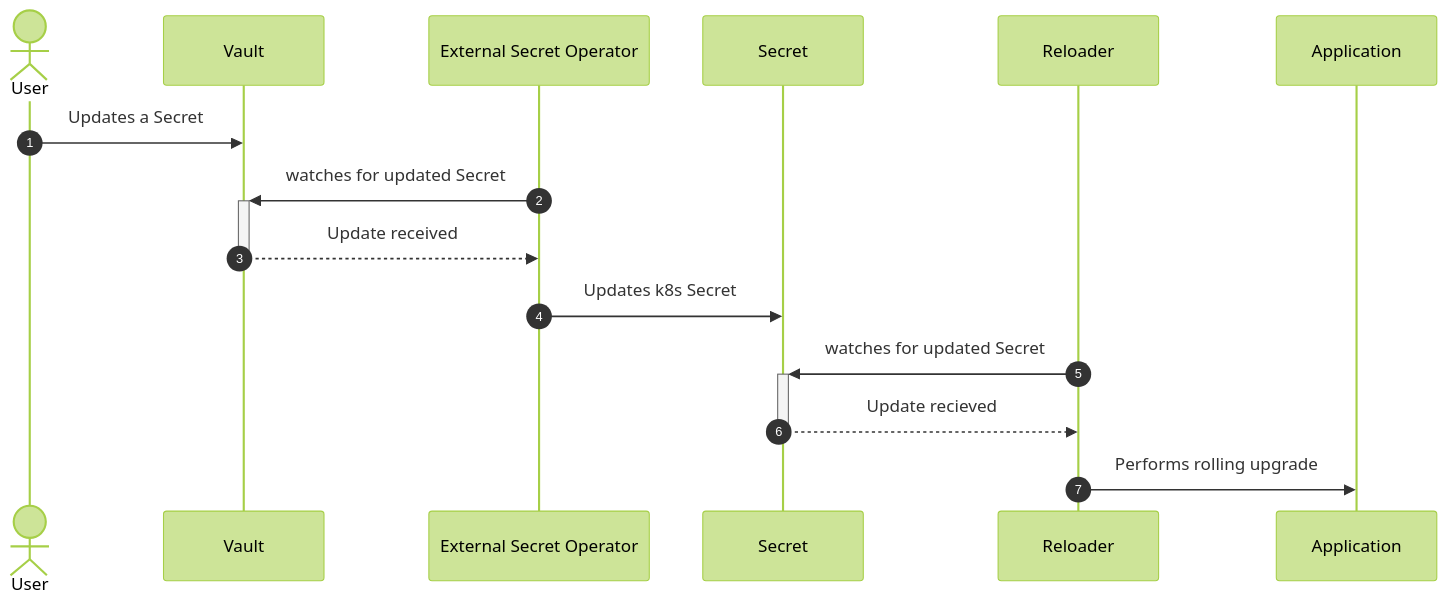
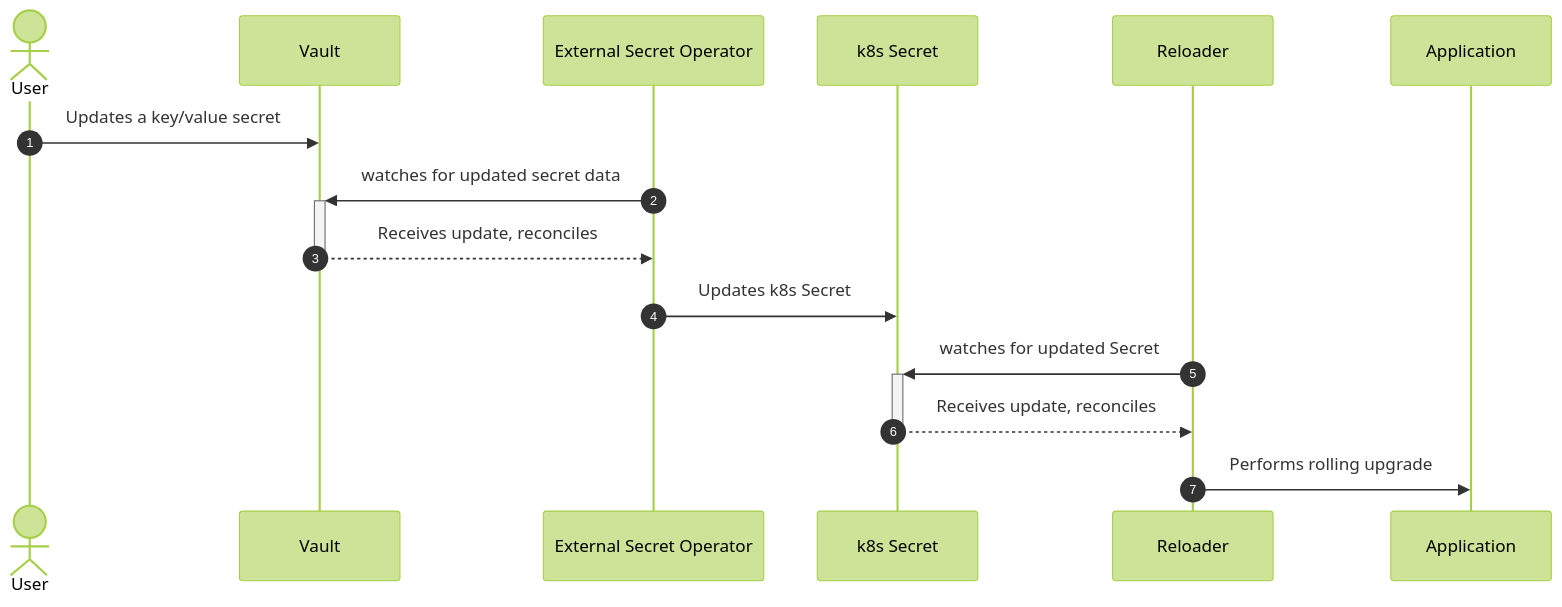
The third of 4 diagrams in docs/6-secret-management-in-saap/6-secret-management.md (rht-labs/tech-exercise), drawn with Mermaid (forest theme) before and after one commit. The commit also changed other lines of this file, not shown here.

````diff
--- a/docs/6-secret-management-in-saap/6-secret-management.md
+++ b/docs/6-secret-management-in-saap/6-secret-management.md
@@ -231,17 +269,17 @@
    ```mermaid
       sequenceDiagram
          autonumber
          actor User
          participant Vault
          participant ESO as External Secret Operator
-         participant Secret
+         participant secret as k8s Secret
          participant Reloader
          participant App as Application 
-         User->>Vault: Updates a Secret
-         ESO->>+Vault: watches for updated Secret
-         Vault-->>-ESO: Update received
-         ESO->>Secret: Updates k8s Secret
-         Reloader->>+Secret: watches for updated Secret
-         Secret-->>-Reloader: Update recieved
+         User->>Vault: Updates a key/value secret
+         ESO->>+Vault: watches for updated secret data
+         Vault-->>-ESO: Receives update, reconciles
+         ESO->>secret: Updates k8s Secret
+         Reloader->>+secret: watches for updated Secret
+         secret-->>-Reloader: Receives update, reconciles
          Reloader->>App: Performs rolling upgrade
    ```
````
